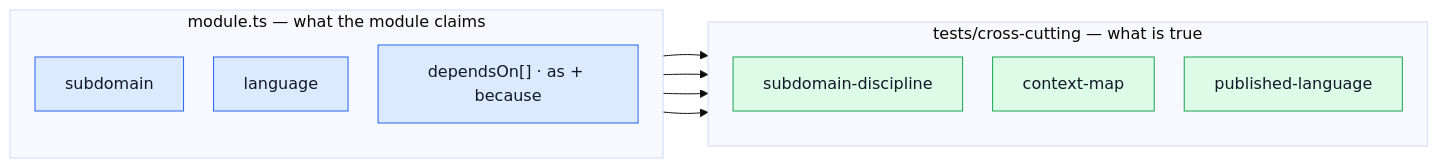
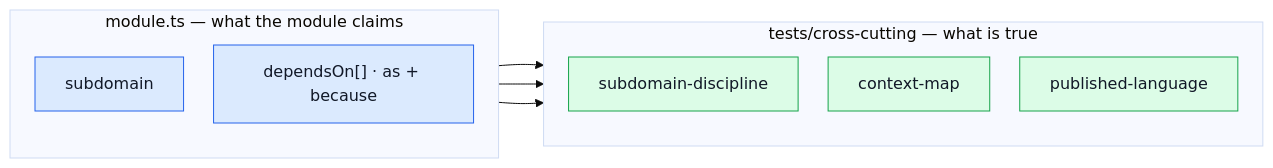
One commit to Guebbit/boilerplate-node-backend changed the diagram in docs/theory/strategic-ddd.md. Above: the diagram before and after it, drawn with Mermaid (base theme). The commit also changed other lines of this file and 19 other files, not shown here.

````diff
--- a/docs/theory/strategic-ddd.md
+++ b/docs/theory/strategic-ddd.md
@@ -30,25 +31,23 @@
 ```mermaid
 %%{init: {'flowchart': {'nodeSpacing': 30, 'rankSpacing': 45}}}%%
 flowchart LR
     subgraph M["module.ts — what the module claims"]
         direction TB
         S["subdomain"]
-        L["language"]
         D["dependsOn[] · as + because"]
     end
     subgraph T["tests/cross-cutting — what is true"]
         direction TB
         SD["subdomain-discipline"]
         CM["context-map"]
         PL["published-language"]
     end
     S --> SD
-    L --> SD
     D --> CM
     D --> PL
 
     classDef claim fill:#dbeafe,stroke:#2563eb,color:#111827;
     classDef check fill:#dcfce7,stroke:#16a34a,color:#111827;
-    class S,L,D claim;
+    class S,D claim;
     class SD,CM,PL check;
 ```
````
